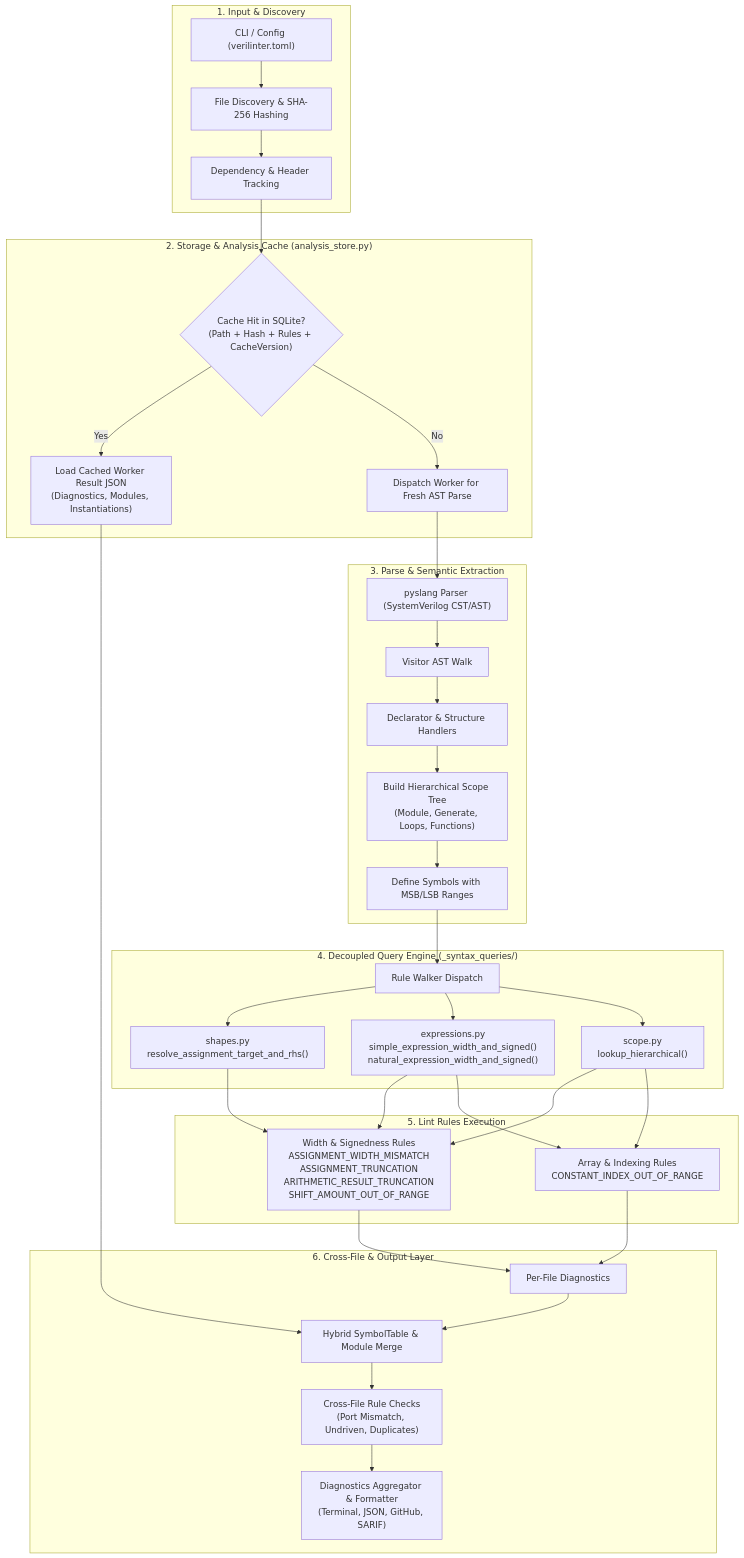
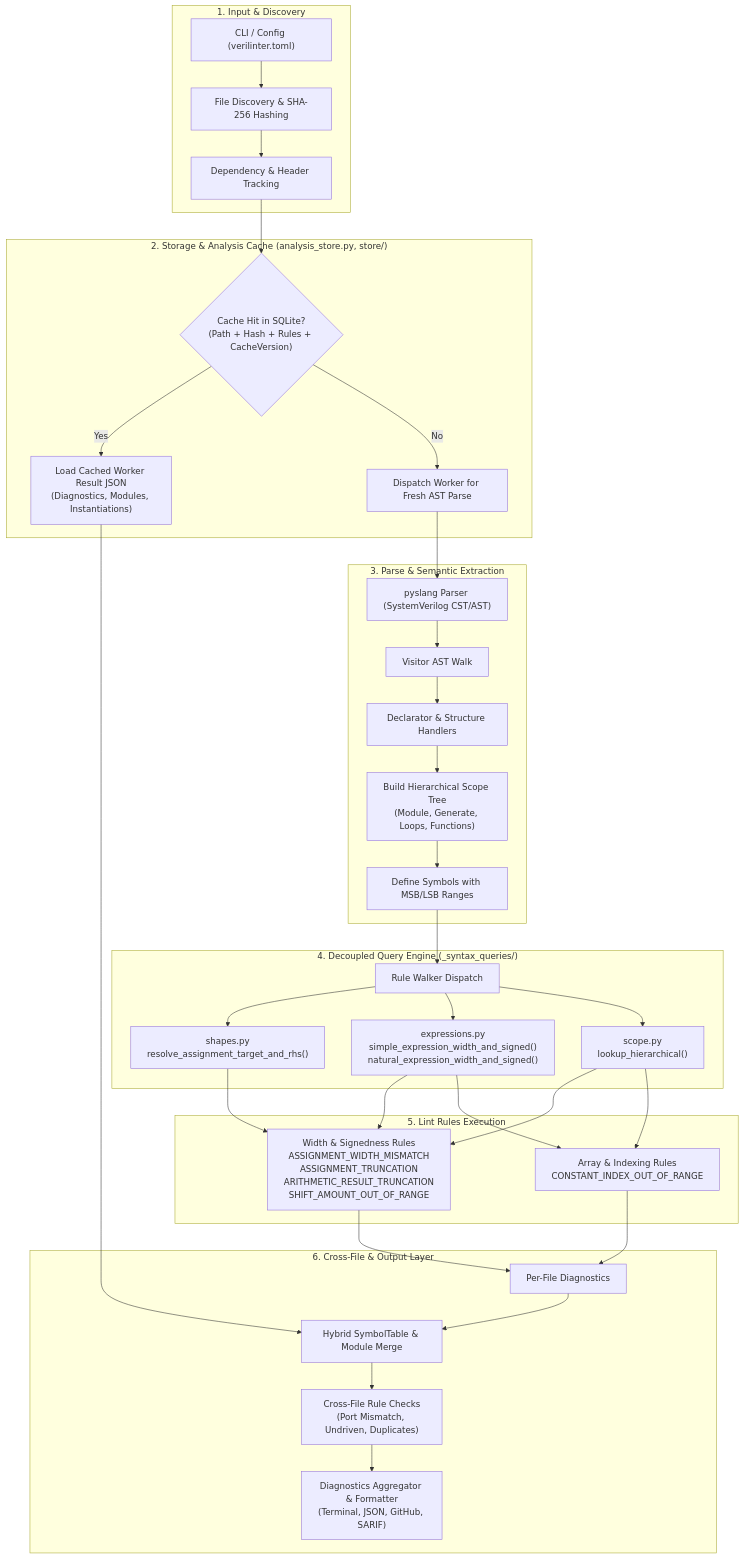
The first of 5 diagrams in docs/ARCHITECTURE.md (svalme/Verilinter), drawn with Mermaid before and after one commit. The commit also changed 14 other files, not shown here.

First line of the commit message:
Split the analysis store into connection, schema, cache and history modules

````diff
--- a/docs/ARCHITECTURE.md
+++ b/docs/ARCHITECTURE.md
@@ -9,45 +9,45 @@
 ```mermaid
 flowchart TD
     subgraph Input ["1. Input & Discovery"]
         CLI["CLI / Config (verilinter.toml)"] --> Discover["File Discovery & SHA-256 Hashing"]
         Discover --> DepTracker["Dependency & Header Tracking"]
     end
 
-    subgraph CacheLayer ["2. Storage & Analysis Cache (analysis_store.py)"]
+    subgraph CacheLayer ["2. Storage & Analysis Cache (analysis_store.py, store/)"]
         DepTracker --> CacheCheck{"Cache Hit in SQLite?<br/>(Path + Hash + Rules + CacheVersion)"}
         CacheCheck -- Yes --> LoadCache["Load Cached Worker Result JSON<br/>(Diagnostics, Modules, Instantiations)"]
         CacheCheck -- No --> FreshParse["Dispatch Worker for Fresh AST Parse"]
     end
 
     subgraph ParseWalk ["3. Parse & Semantic Extraction"]
         FreshParse --> PySlang["pyslang Parser (SystemVerilog CST/AST)"]
         PySlang --> ASTWalk["Visitor AST Walk"]
         ASTWalk --> Handlers["Declarator & Structure Handlers"]
         Handlers --> ScopeBuild["Build Hierarchical Scope Tree<br/>(Module, Generate, Loops, Functions)"]
         ScopeBuild --> Symbols["Define Symbols with MSB/LSB Ranges"]
     end
 
     subgraph QueryEngine ["4. Decoupled Query Engine (_syntax_queries/)"]
         Symbols --> RuleDispatch["Rule Walker Dispatch"]
         RuleDispatch --> Shapes["shapes.py<br/>resolve_assignment_target_and_rhs()"]
         RuleDispatch --> ExprEngine["expressions.py<br/>simple_expression_width_and_signed()<br/>natural_expression_width_and_signed()"]
         RuleDispatch --> ScopeQuery["scope.py<br/>lookup_hierarchical()"]
     end
 
     subgraph RulesEngine ["5. Lint Rules Execution"]
         Shapes --> WidthRules["Width & Signedness Rules<br/>ASSIGNMENT_WIDTH_MISMATCH<br/>ASSIGNMENT_TRUNCATION<br/>ARITHMETIC_RESULT_TRUNCATION<br/>SHIFT_AMOUNT_OUT_OF_RANGE"]
         ExprEngine --> WidthRules
         ScopeQuery --> WidthRules
         ScopeQuery --> IndexRules["Array & Indexing Rules<br/>CONSTANT_INDEX_OUT_OF_RANGE"]
         ExprEngine --> IndexRules
     end
 
     subgraph CrossFile ["6. Cross-File & Output Layer"]
         WidthRules --> PerFileDiags["Per-File Diagnostics"]
         IndexRules --> PerFileDiags
         LoadCache --> HybridMerge["Hybrid SymbolTable & Module Merge"]
         PerFileDiags --> HybridMerge
         HybridMerge --> CrossRules["Cross-File Rule Checks<br/>(Port Mismatch, Undriven, Duplicates)"]
         CrossRules --> Reporter["Diagnostics Aggregator & Formatter<br/>(Terminal, JSON, GitHub, SARIF)"]
     end
 ```
````
